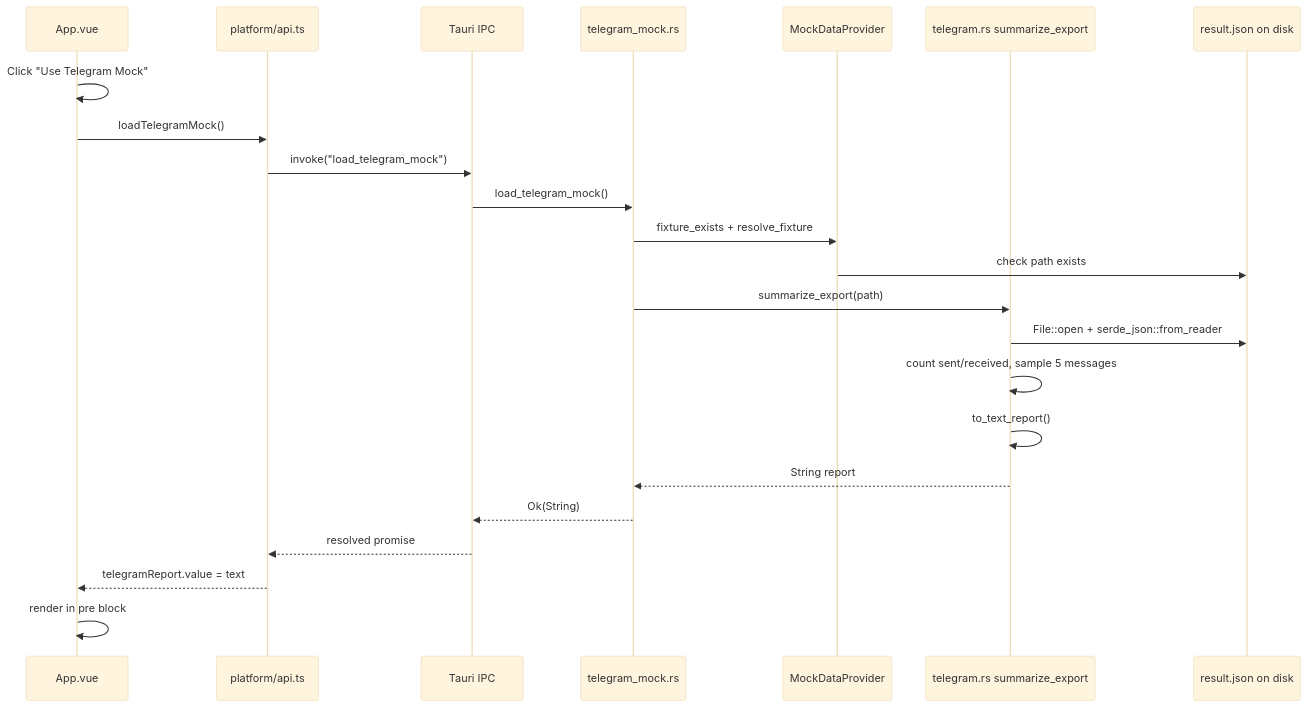
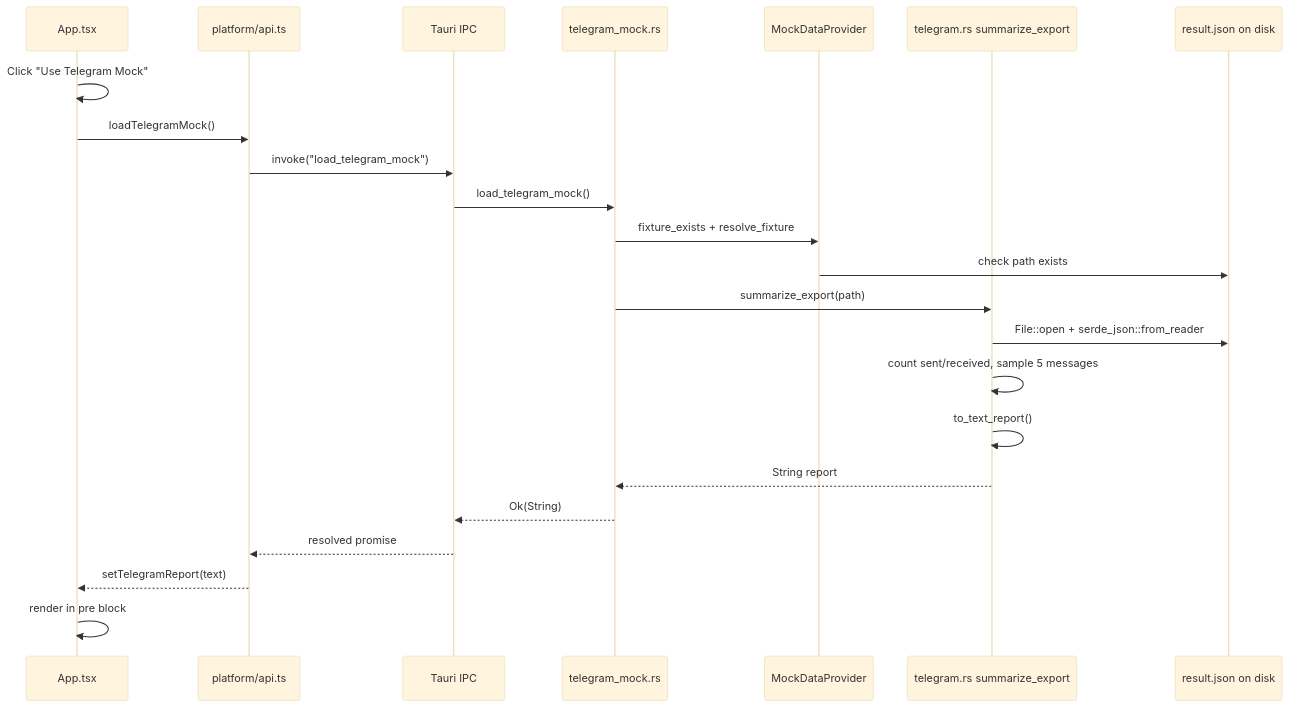
The first of 2 diagrams in docs/telegram-mock-flow.md (MohsenDastaran/social-wrapped), drawn with Mermaid (base theme) before and after one commit. The commit also changed other lines of this file and 1 other file, not shown here.

Commit message:
refactor: update documentation and transition from Vue to React

````diff
--- a/docs/telegram-mock-flow.md
+++ b/docs/telegram-mock-flow.md
@@ -18,26 +20,26 @@
 ```mermaid
 sequenceDiagram
-    participant UI as App.vue
+    participant UI as App.tsx
     participant API as platform/api.ts
     participant Tauri as Tauri IPC
     participant Cmd as telegram_mock.rs
     participant Mock as MockDataProvider
     participant Parser as telegram.rs summarize_export
     participant Disk as result.json on disk
 
     UI->>UI: Click "Use Telegram Mock"
     UI->>API: loadTelegramMock()
     API->>Tauri: invoke("load_telegram_mock")
     Tauri->>Cmd: load_telegram_mock()
     Cmd->>Mock: fixture_exists + resolve_fixture
     Mock->>Disk: check path exists
     Cmd->>Parser: summarize_export(path)
     Parser->>Disk: File::open + serde_json::from_reader
     Parser->>Parser: count sent/received, sample 5 messages
     Parser->>Parser: to_text_report()
     Parser-->>Cmd: String report
     Cmd-->>Tauri: Ok(String)
     Tauri-->>API: resolved promise
-    API-->>UI: telegramReport.value = text
+    API-->>UI: setTelegramReport(text)
     UI->>UI: render in pre block
 ```
````
